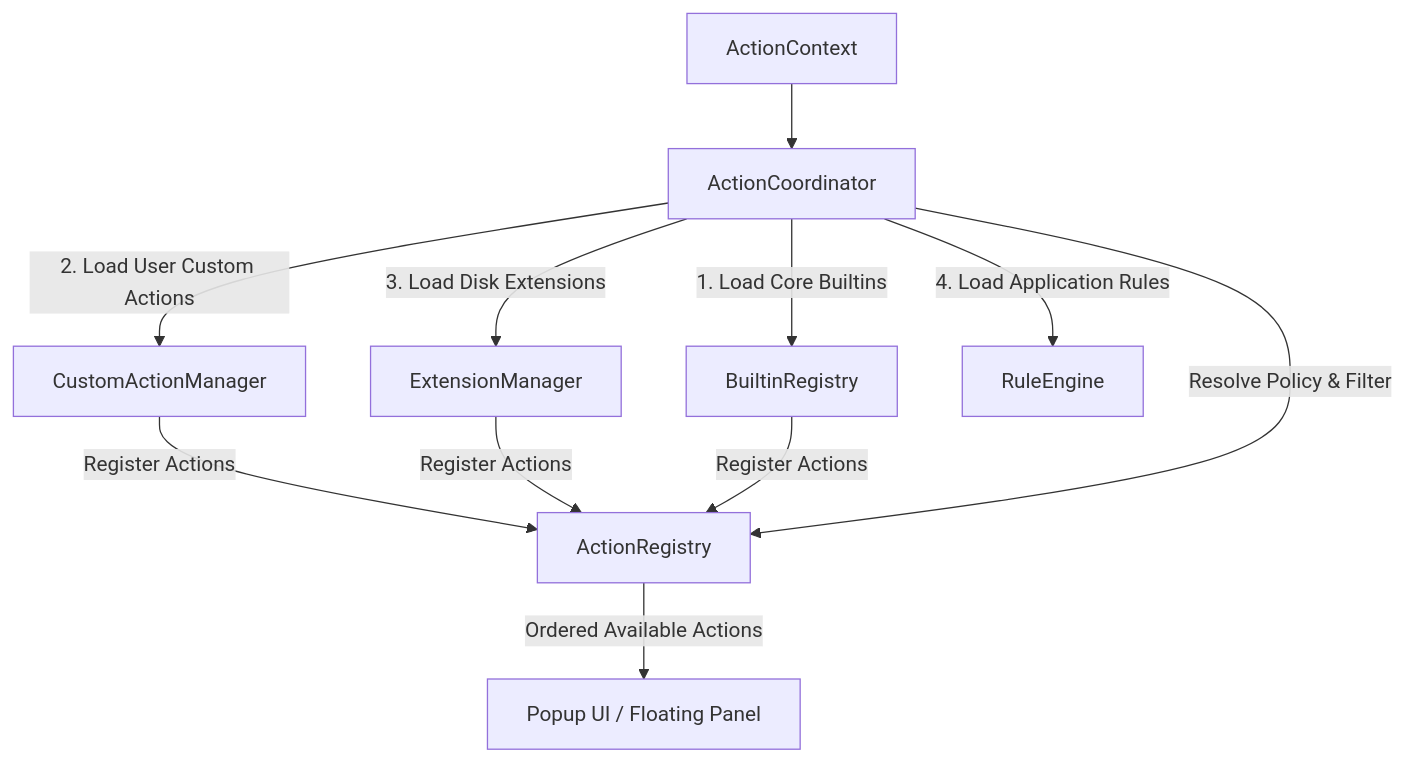
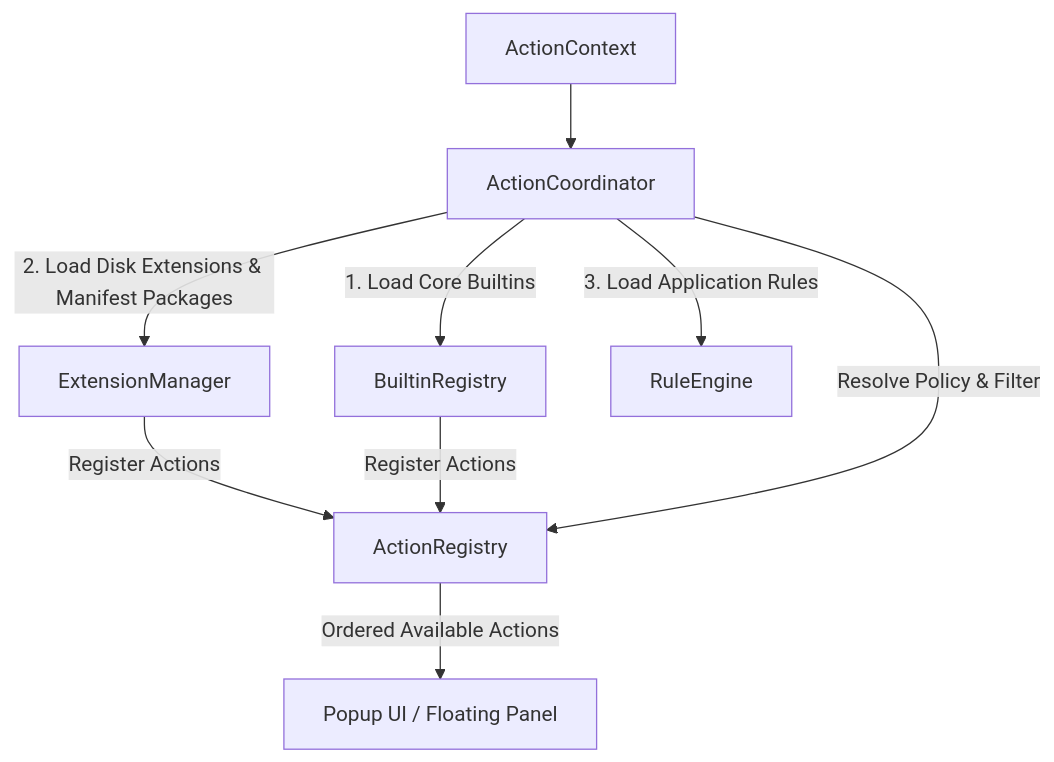
Before and after one commit to ganeshmshetty/openclip: the diagram in docs/architecture/action-coordinator.md, drawn with Mermaid. The commit also changed other lines of this file and 21 other files, not shown here.

````diff
--- a/docs/architecture/action-coordinator.md
+++ b/docs/architecture/action-coordinator.md
@@ -9,15 +9,13 @@
 ```mermaid
 flowchart TD
  AC[ActionCoordinator] -->|1. Load Core Builtins| BR[BuiltinRegistry]
- AC -->|2. Load User Custom Actions| CAM[CustomActionManager]
- AC -->|3. Load Disk Extensions| EM[ExtensionManager]
- AC -->|4. Load Application Rules| RE[RuleEngine]
+ AC -->|2. Load Disk Extensions & Manifest Packages| EM[ExtensionManager]
+ AC -->|3. Load Application Rules| RE[RuleEngine]
 
- CAM -->|Register Actions| AR[ActionRegistry]
- EM -->|Register Actions| AR
+ EM -->|Register Actions| AR[ActionRegistry]
  BR -->|Register Actions| AR
 
  Context[ActionContext] --> AC
  AC -->|Resolve Policy & Filter| AR
  AR -->|Ordered Available Actions| UI[Popup UI / Floating Panel]
 ```
````
